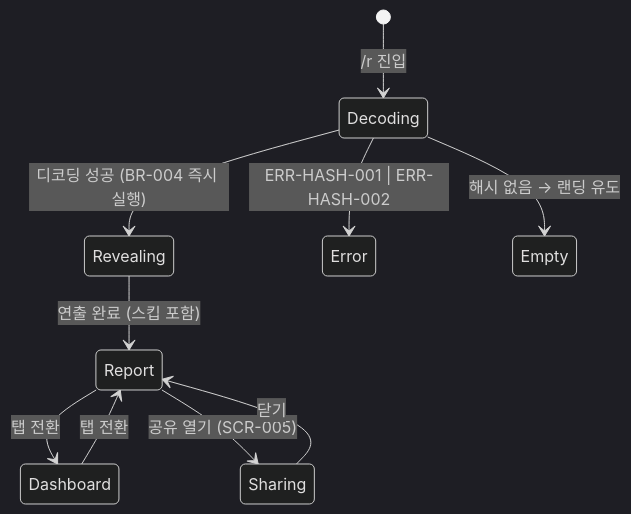
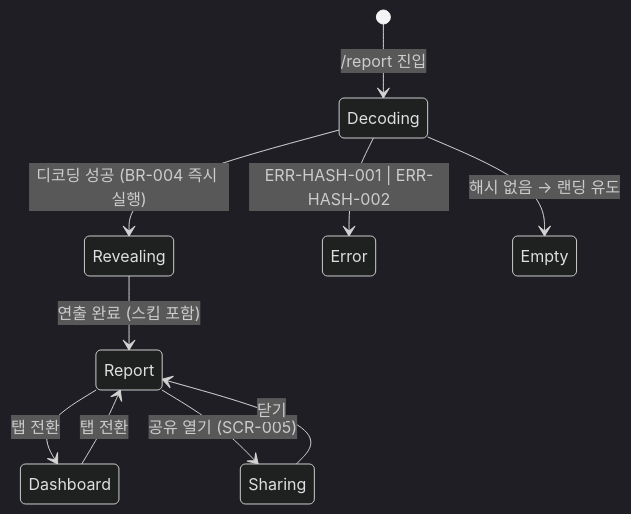
Before and after one commit to kjjyyy01/scored: the diagram in docs/prd/08_도메인규칙_상태전이.md, drawn with Mermaid (dark theme). The commit also changed other lines of this file and 16 other files, not shown here.

````diff
--- a/docs/prd/08_도메인규칙_상태전이.md
+++ b/docs/prd/08_도메인규칙_상태전이.md
@@ -20,12 +20,12 @@
 ```mermaid
 stateDiagram-v2
-    [*] --> Decoding: /r 진입
+    [*] --> Decoding: /report 진입
     Decoding --> Revealing: 디코딩 성공 (BR-004 즉시 실행)
     Decoding --> Error: ERR-HASH-001 | ERR-HASH-002
     Decoding --> Empty: 해시 없음 → 랜딩 유도
     Revealing --> Report: 연출 완료 (스킵 포함)
     Report --> Dashboard: 탭 전환
     Dashboard --> Report: 탭 전환
     Report --> Sharing: 공유 열기 (SCR-005)
     Sharing --> Report: 닫기
 ```
````
